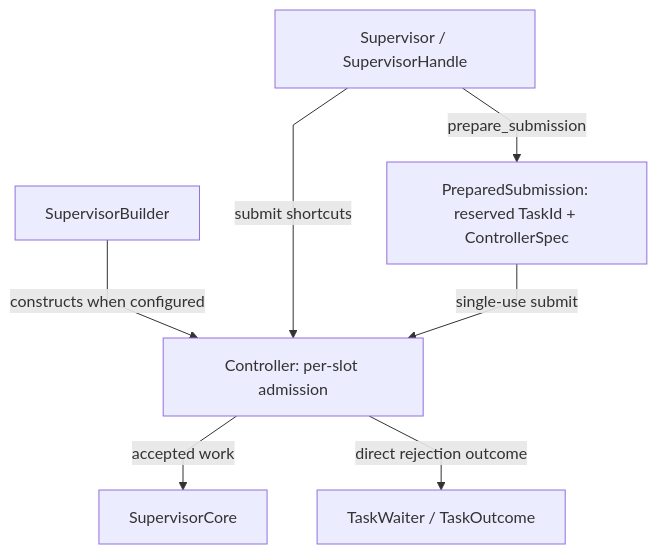
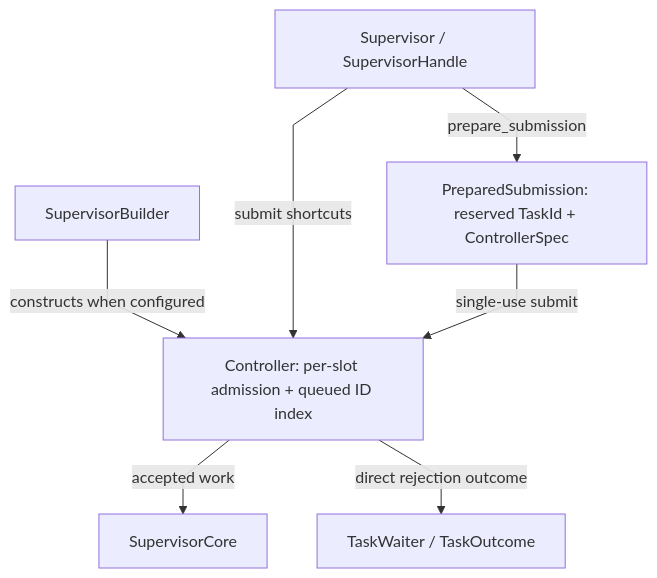
The second of 10 diagrams in src/ARCHITECTURE.md (soltiHQ/taskvisor), drawn with Mermaid before and after one commit. The commit also changed other lines of this file and 40 other files, not shown here.

````diff
--- a/src/ARCHITECTURE.md
+++ b/src/ARCHITECTURE.md
@@ -63,17 +65,17 @@
 ```mermaid
 %%{init: {"flowchart": {"curve": "linear"}}}%%
 flowchart TB
     Builder["SupervisorBuilder"]
     Supervisor["Supervisor / SupervisorHandle"]
     Prepared["PreparedSubmission: reserved TaskId + ControllerSpec"]
-    Controller["Controller: per-slot admission"]
+    Controller["Controller: per-slot admission + queued ID index"]
     Core["SupervisorCore"]
     Waiter["TaskWaiter / TaskOutcome"]
 
     Builder -->|constructs when configured| Controller
     Supervisor -->|prepare_submission| Prepared
     Supervisor -->|submit shortcuts| Controller
     Prepared -->|single-use submit| Controller
     Controller -->|accepted work| Core
     Controller -->|direct rejection outcome| Waiter
 ```
````
